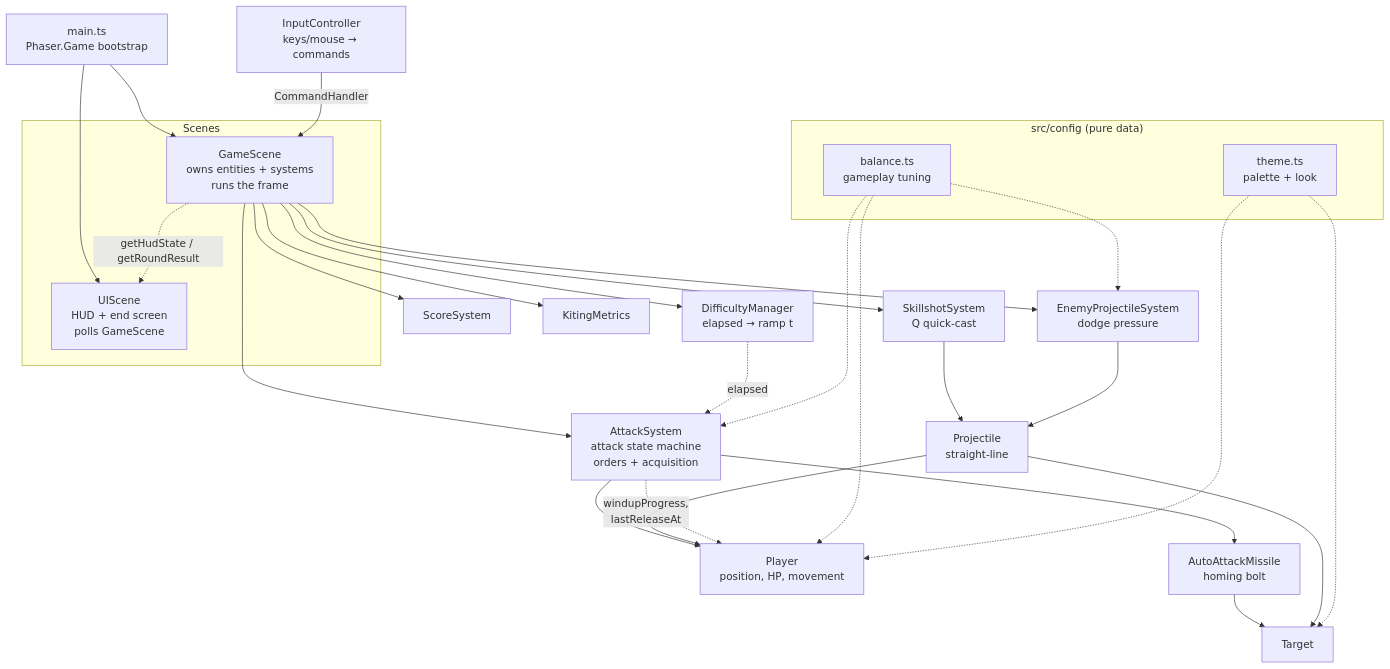
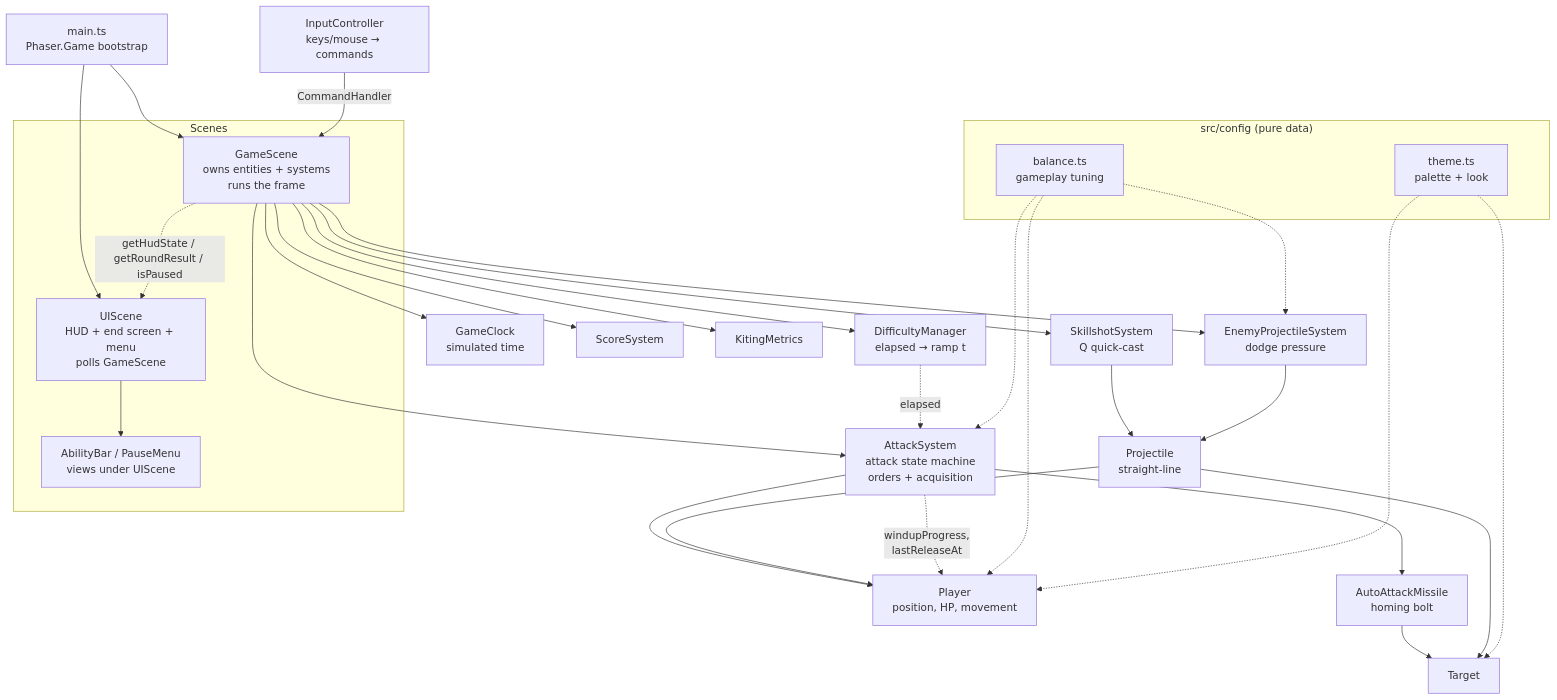
One commit to jcj1337/league-warmup changed the first of 3 diagrams in TECHNICAL_REPORT.md. Above: the diagram before and after it, drawn with Mermaid. The commit also changed other lines of this file and 21 other files, not shown here.

````diff
--- a/TECHNICAL_REPORT.md
+++ b/TECHNICAL_REPORT.md
@@ -70,41 +70,44 @@
 ```mermaid
 flowchart TD
     subgraph Config["src/config (pure data)"]
         BAL[balance.ts<br/>gameplay tuning]
         THM[theme.ts<br/>palette + look]
     end
 
     MAIN[main.ts<br/>Phaser.Game bootstrap] --> GS
     MAIN --> UIS
 
     subgraph Scenes
         GS[GameScene<br/>owns entities + systems<br/>runs the frame]
-        UIS[UIScene<br/>HUD + end screen<br/>polls GameScene]
+        UIS[UIScene<br/>HUD + end screen + menu<br/>polls GameScene]
+        AB[AbilityBar / PauseMenu<br/>views under UIScene]
     end
 
     IC[InputController<br/>keys/mouse → commands] -->|CommandHandler| GS
+    GS --> CLK[GameClock<br/>simulated time]
     GS --> AS[AttackSystem<br/>attack state machine<br/>orders + acquisition]
     GS --> SS[SkillshotSystem<br/>Q quick-cast]
     GS --> EPS[EnemyProjectileSystem<br/>dodge pressure]
     GS --> DM[DifficultyManager<br/>elapsed → ramp t]
     GS --> SC[ScoreSystem]
     GS --> KM[KitingMetrics]
 
     AS --> PL[Player<br/>position, HP, movement]
     AS --> AAM[AutoAttackMissile<br/>homing bolt]
     SS --> PRJ[Projectile<br/>straight-line]
     EPS --> PRJ
     AAM --> TG[Target]
     PRJ --> TG
     PRJ --> PL
 
     AS -.->|windupProgress,<br/>lastReleaseAt| PL
     DM -.->|elapsed| AS
-    GS -.->|getHudState / getRoundResult| UIS
+    GS -.->|getHudState / getRoundResult / isPaused| UIS
+    UIS --> AB
 
     BAL -.-> AS
     BAL -.-> PL
     BAL -.-> EPS
     THM -.-> PL
     THM -.-> TG
 ```
````
